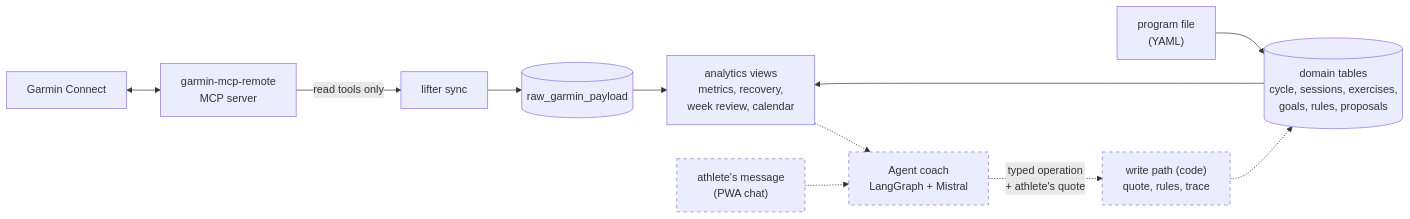
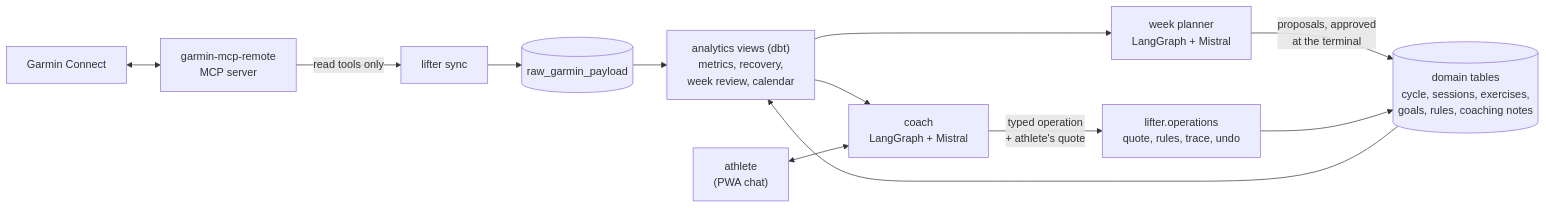
One commit to gabrielkpo/lifter changed the first of 2 diagrams in README.md. Above: the diagram before and after it, drawn with Mermaid. The commit also changed other lines of this file and 7 other files, not shown here.

````diff
--- a/README.md
+++ b/README.md
@@ -32,15 +27,14 @@
 ```mermaid
 flowchart LR
     G["Garmin Connect"] <--> M["garmin-mcp-remote<br/>MCP server"]
     M -->|read tools only| S["lifter sync"]
     S --> R[("raw_garmin_payload")]
-    R --> V["analytics views<br/>metrics, recovery,<br/>week review, calendar"]
-    F["program file<br/>(YAML)"] --> D
-    D[("domain tables<br/>cycle, sessions, exercises,<br/>goals, rules, proposals")] --> V
-    V -.-> A["Agent coach<br/>LangGraph + Mistral"]
-    U["athlete's message<br/>(PWA chat)"] -.-> A
-    A -.->|typed operation<br/>+ athlete's quote| X["write path (code)<br/>quote, rules, trace"]
-    X -.-> D
-    classDef planned stroke-dasharray: 5 5
-    class A,U,X planned
+    R --> V["analytics views (dbt)<br/>metrics, recovery,<br/>week review, calendar"]
+    D[("domain tables<br/>cycle, sessions, exercises,<br/>goals, rules, coaching notes")] --> V
+    V --> P["week planner<br/>LangGraph + Mistral"]
+    V --> C["coach<br/>LangGraph + Mistral"]
+    U["athlete<br/>(PWA chat)"] <--> C
+    P -->|proposals, approved<br/>at the terminal| D
+    C -->|typed operation<br/>+ athlete's quote| X["lifter.operations<br/>quote, rules, trace, undo"]
+    X --> D
 ```
````
